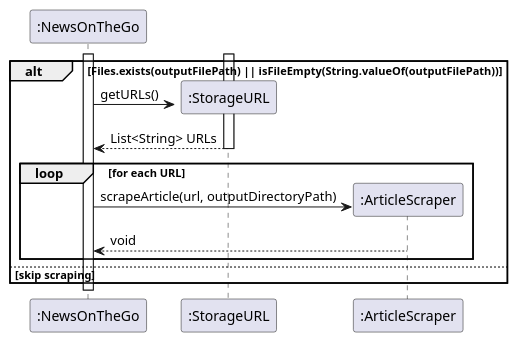
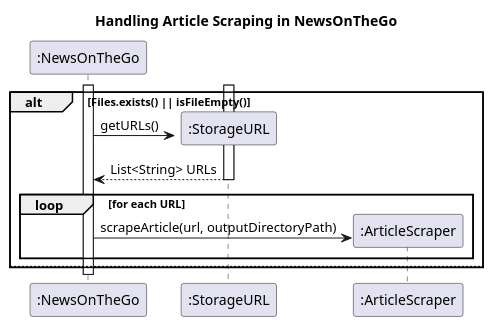
Before and after one commit to AhmedShaiyan/tp: the diagram in docs/UML_Diagrams/ArticleScraperSequence.puml, drawn with PlantUML. The commit also changed 5 other files, not shown here.

```diff
--- a/docs/UML_Diagrams/ArticleScraperSequence.puml
+++ b/docs/UML_Diagrams/ArticleScraperSequence.puml
@@ -1,25 +1,32 @@
 @startuml
+title Handling Article Scraping in NewsOnTheGo
 
-Create ":NewsOnTheGo"
+create ":NewsOnTheGo"
 activate ":NewsOnTheGo"
 
-alt Files.exists(outputFilePath) || isFileEmpty(String.valueOf(outputFilePath))
+ alt Files.exists() || isFileEmpty()
 
-    Create ":StorageURL"
+    ' If the file does not exist or is empty
+    create ":StorageURL"
     activate ":StorageURL"
 
+    ' NewsOnTheGo requests a list of URLs from StorageURL
     ":NewsOnTheGo" -> ":StorageURL" : getURLs()
     ":StorageURL" --> ":NewsOnTheGo" : List<String> URLs
     deactivate ":StorageURL"
 
-    Create ":ArticleScraper"
+    ' Create an instance of ArticleScraper for scraping articles
+    create ":ArticleScraper"
+
+    ' Loop through each URL in the list and scrape articles
     loop for each URL
         ":NewsOnTheGo" -> ":ArticleScraper" : scrapeArticle(url, outputDirectoryPath)
-        ":ArticleScraper" --> ":NewsOnTheGo" : void
     end
     deactivate ":ArticleScraper"
 
-else skip scraping
+else
+
 end
+
 deactivate ":NewsOnTheGo"
 @enduml
```
